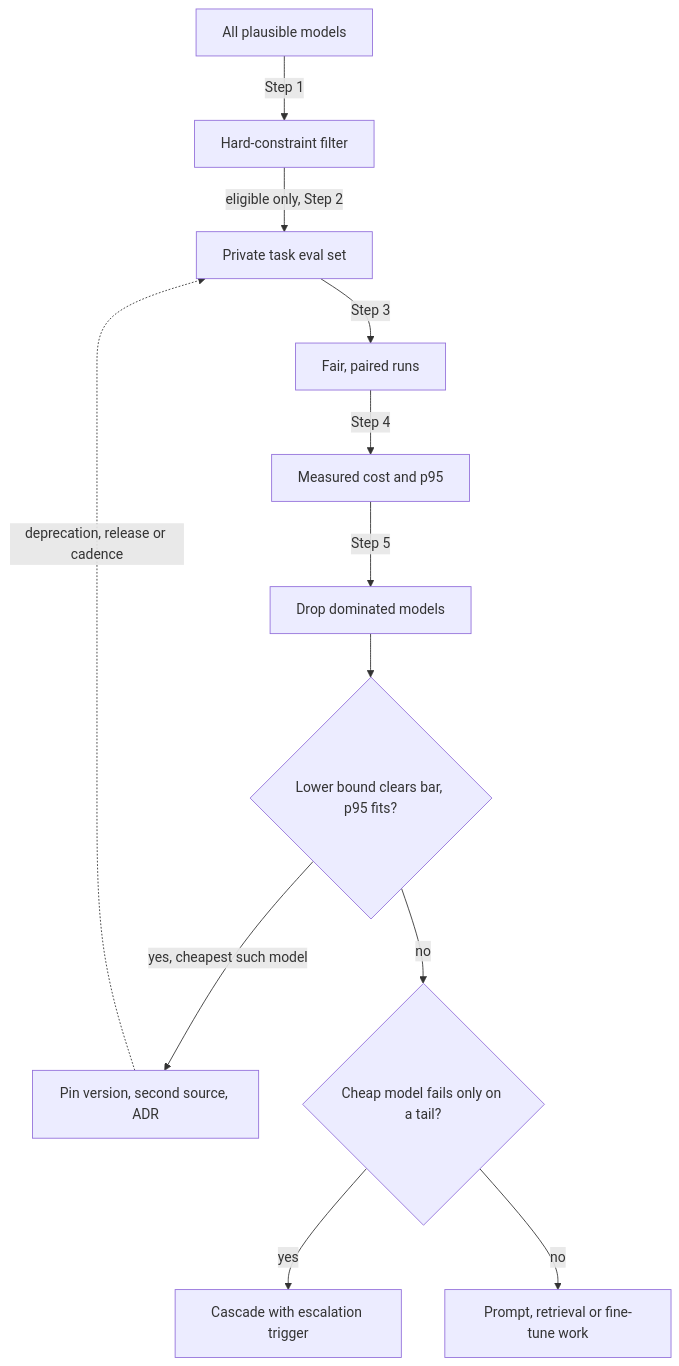
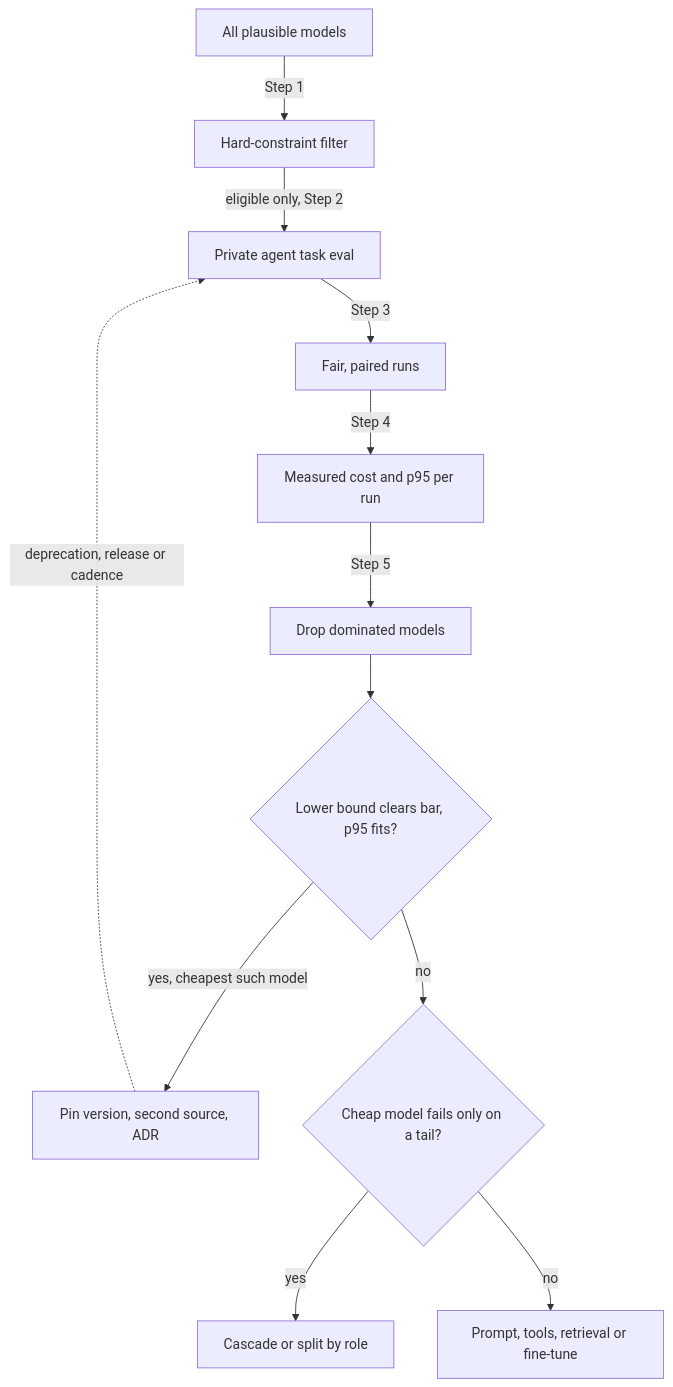
The diagram in content/system-design/model-selection.md (lovishmahajan97/agentic-learning), drawn with Mermaid before and after one commit. The commit also changed other lines of this file and 266 other files, not shown here.

````diff
--- a/content/system-design/model-selection.md
+++ b/content/system-design/model-selection.md
@@ -132,14 +152,14 @@
 ```mermaid
 flowchart TD
     A["All plausible models"] -->|"Step 1"| F["Hard-constraint filter"]
-    F -->|"eligible only, Step 2"| E["Private task eval set"]
+    F -->|"eligible only, Step 2"| E["Private agent task eval"]
     E -->|"Step 3"| R["Fair, paired runs"]
-    R -->|"Step 4"| C["Measured cost and p95"]
+    R -->|"Step 4"| C["Measured cost and p95 per run"]
     C -->|"Step 5"| P["Drop dominated models"]
     P --> Q{"Lower bound clears bar, p95 fits?"}
     Q -->|"yes, cheapest such model"| S["Pin version, second source, ADR"]
     Q -->|"no"| T{"Cheap model fails only on a tail?"}
-    T -->|"yes"| K["Cascade with escalation trigger"]
-    T -->|"no"| N["Prompt, retrieval or fine-tune work"]
+    T -->|"yes"| K["Cascade or split by role"]
+    T -->|"no"| N["Prompt, tools, retrieval or fine-tune"]
     S -.->|"deprecation, release or cadence"| E
 ```
````
